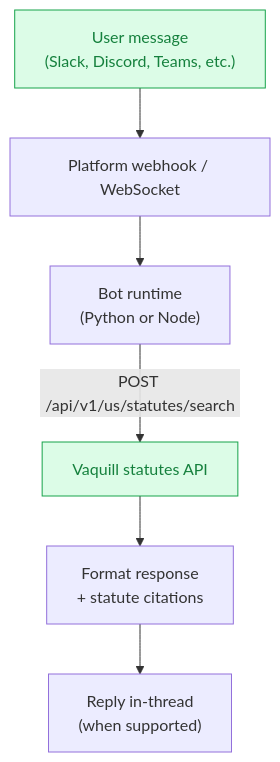
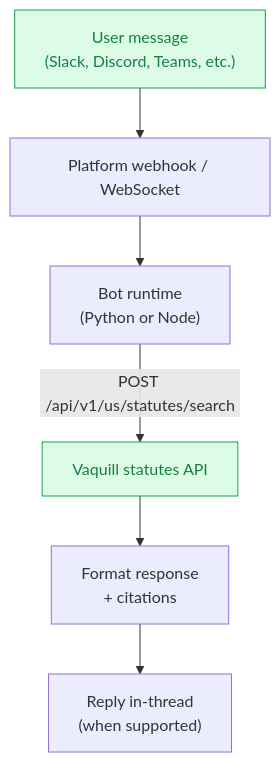
The diagram in integrations/chatbots/index.mdx (Vaquill-AI/vaquill-ai-docs), drawn with Mermaid before and after one commit. The commit also changed other lines of this file and 26 other files, not shown here.

````diff
--- a/integrations/chatbots/index.mdx
+++ b/integrations/chatbots/index.mdx
@@ -35,11 +35,11 @@
 ```mermaid
 flowchart TD
     A["User message<br/>(Slack, Discord, Teams, etc.)"] --> B["Platform webhook / WebSocket"]
     B --> C["Bot runtime<br/>(Python or Node)"]
     C -->|"POST /api/v1/us/statutes/search"| D["Vaquill statutes API"]
-    D --> E["Format response<br/>+ statute citations"]
+    D --> E["Format response<br/>+ citations"]
     E --> F["Reply in-thread<br/>(when supported)"]
 
     style A fill:#dcfce7,stroke:#16a34a,color:#15803d
     style D fill:#dcfce7,stroke:#16a34a,color:#15803d
 ```
````
